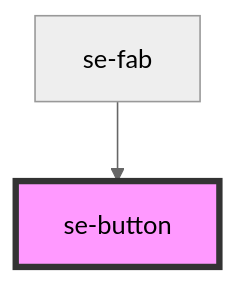
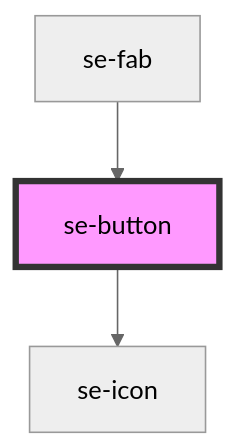
Before and after one commit to robbiemcmullense/se-web-ui: the diagram in src-core/src/components/button/readme.md, drawn with Mermaid (neutral theme). The commit also changed other lines of this file and 115 other files, not shown here.

````diff
--- a/src-core/src/components/button/readme.md
+++ b/src-core/src/components/button/readme.md
@@ -60,5 +70,6 @@
 ```mermaid
 graph TD;
+  se-button --> se-icon
   se-fab --> se-button
   style se-button fill:#f9f,stroke:#333,stroke-width:4px
 ```
````
